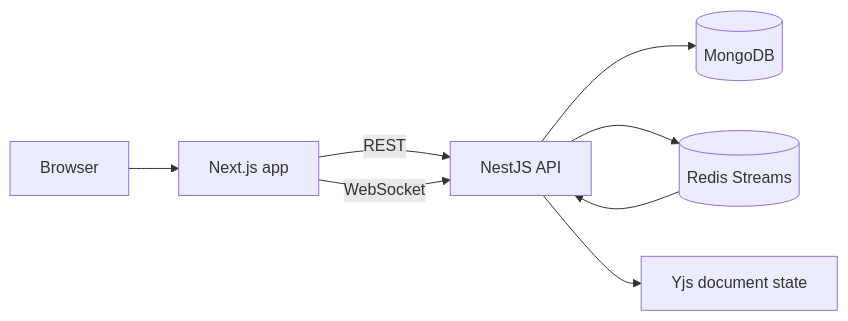
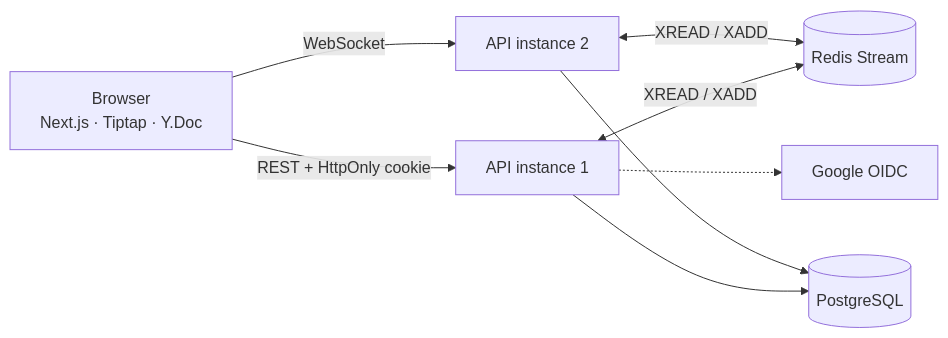
Before and after one commit to sushildalavi/SyncSpace: the diagram in README.md, drawn with Mermaid. The commit also changed other lines of this file and 56 other files, not shown here.

````diff
--- a/README.md
+++ b/README.md
@@ -24,10 +85,10 @@
 ```mermaid
 flowchart LR
-  Browser["Browser"] --> Web["Next.js app"]
-  Web -->|REST| API["NestJS API"]
-  Web -->|WebSocket| API
-  API --> Mongo[(MongoDB)]
-  API --> Redis[(Redis Streams)]
-  API --> Yjs["Yjs document state"]
-  Redis --> API
+  B[Browser<br/>Next.js · Tiptap · Y.Doc] -- "REST + HttpOnly cookie" --> A1[API instance 1]
+  B -- "WebSocket" --> A2[API instance 2]
+  A1 <-->|XREAD / XADD| R[(Redis Stream)]
+  A2 <-->|XREAD / XADD| R
+  A1 --> P[(PostgreSQL)]
+  A2 --> P
+  A1 -.-> G[Google OIDC]
 ```
````
